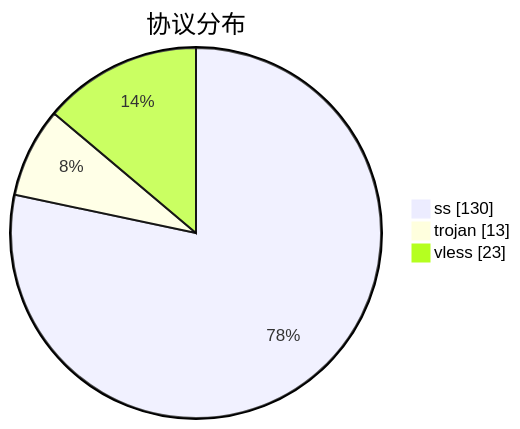
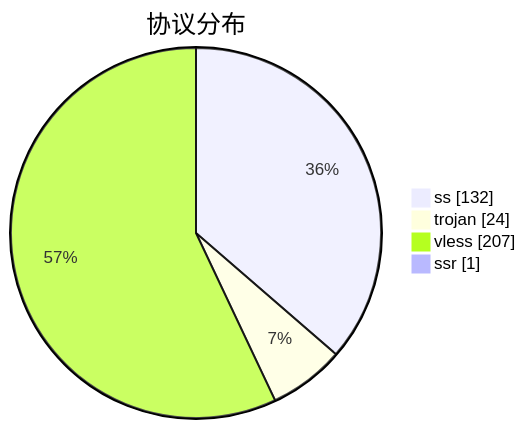
The third of 3 diagrams in subs/statistics/tested_within.md (qjlxg/airport), drawn with Mermaid before and after one commit. The commit also changed other lines of this file and 2 other files, not shown here.

````diff
--- a/subs/statistics/tested_within.md
+++ b/subs/statistics/tested_within.md
@@ -29,7 +44,8 @@
 ```mermaid
 pie showData
 title 协议分布
-"ss" : 130
-"trojan" : 13
-"vless" : 23
+"ss" : 132
+"trojan" : 24
+"vless" : 207
+"ssr" : 1
 ```
````
